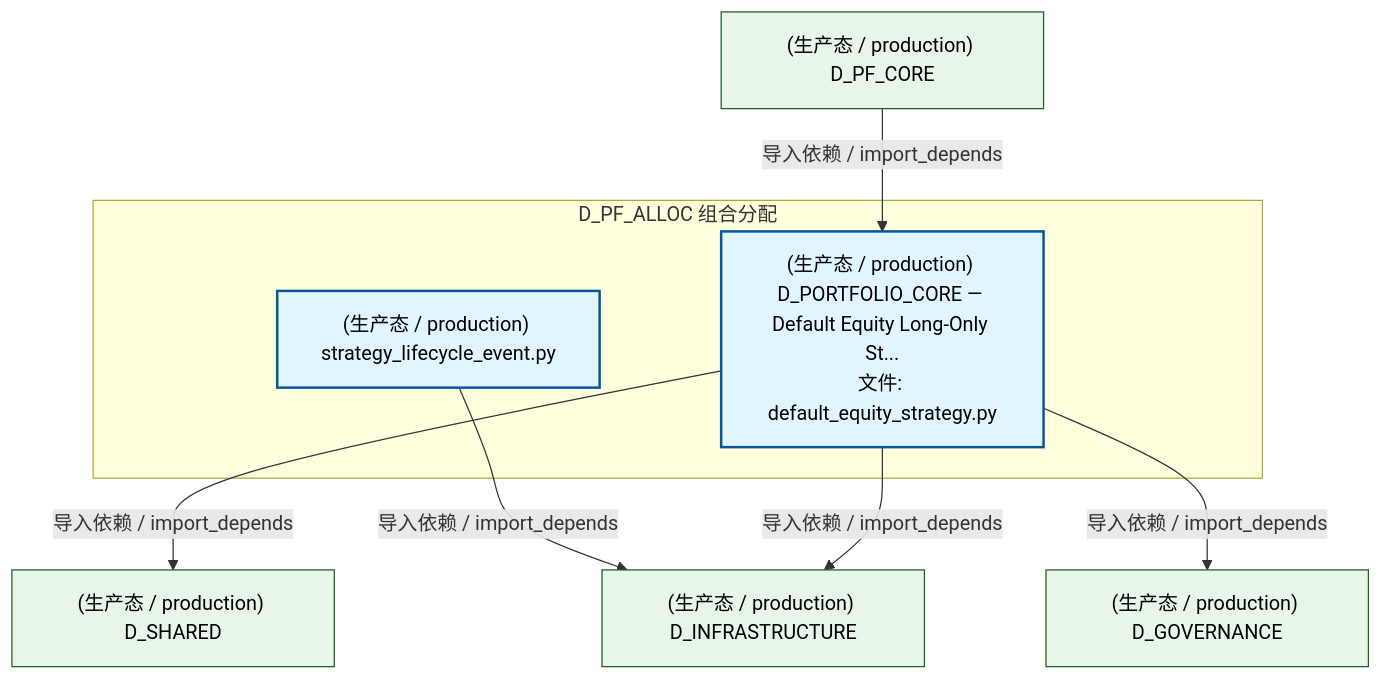
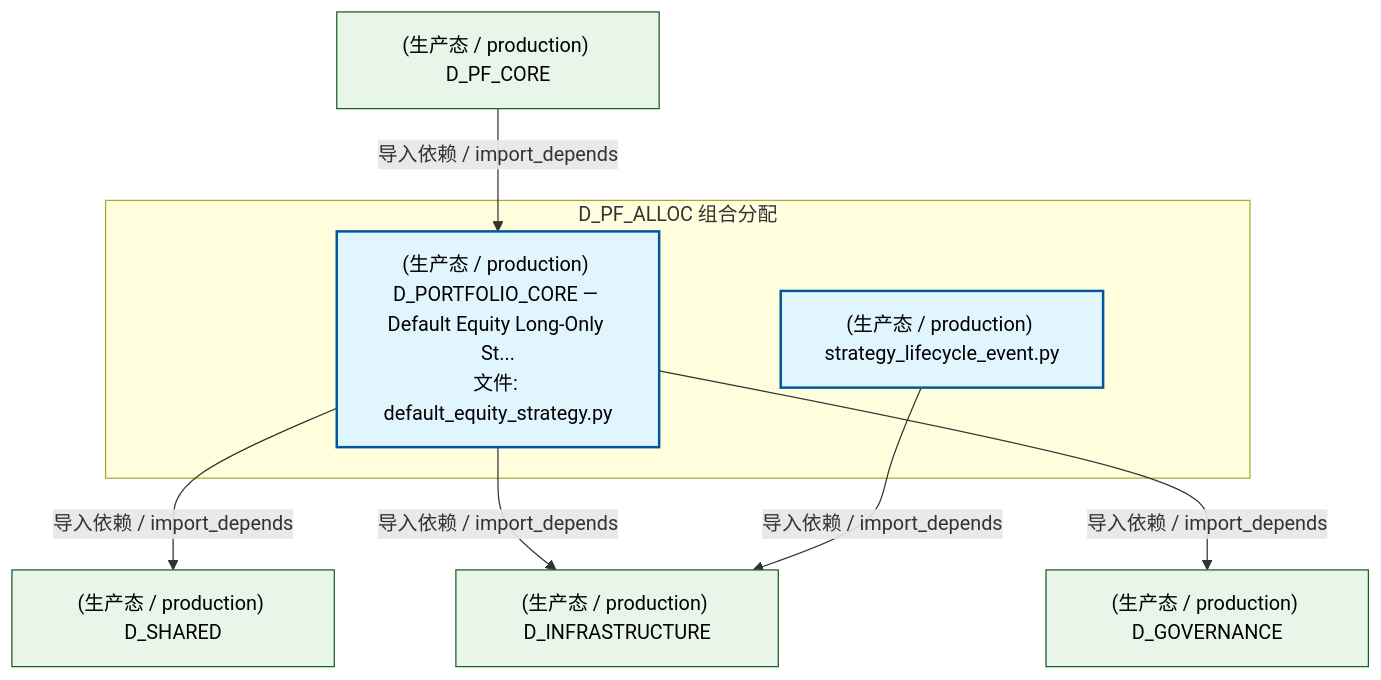
One commit to xuanFelixVan/ZephyrAlpha changed the first of 3 diagrams in docs/02_enterprise_architecture/02_domain_architecture_docs/62_d_pf_alloc.md. Above: the diagram before and after it, drawn with Mermaid. The commit also changed other lines of this file and 48 other files, not shown here.

````diff
--- a/docs/02_enterprise_architecture/02_domain_architecture_docs/62_d_pf_alloc.md
+++ b/docs/02_enterprise_architecture/02_domain_architecture_docs/62_d_pf_alloc.md
@@ -67,22 +67,22 @@
 ```mermaid
 graph TD
     subgraph D_PF_ALLOC["D_PF_ALLOC 组合分配"]
         src_zephyr_pf_alloc_strategy_lifecycle_event_py["(生产态 / production) strategy_lifecycle_event.py"]
         src_zephyr_pf_core_default_equity_strategy_py["(生产态 / production) D_PORTFOLIO_CORE — Default Equity Long-Only St...<br/>文件: default_equity_strategy.py"]
     end
-    D_INFRASTRUCTURE["(生产态 / production) D_INFRASTRUCTURE"]
-    src_zephyr_pf_alloc_strategy_lifecycle_event_py -->|导入依赖 / import_depends| D_INFRASTRUCTURE
     D_SHARED["(生产态 / production) D_SHARED"]
     src_zephyr_pf_core_default_equity_strategy_py -->|导入依赖 / import_depends| D_SHARED
+    D_INFRASTRUCTURE["(生产态 / production) D_INFRASTRUCTURE"]
     src_zephyr_pf_core_default_equity_strategy_py -->|导入依赖 / import_depends| D_INFRASTRUCTURE
     D_GOVERNANCE["(生产态 / production) D_GOVERNANCE"]
     src_zephyr_pf_core_default_equity_strategy_py -->|导入依赖 / import_depends| D_GOVERNANCE
+    src_zephyr_pf_alloc_strategy_lifecycle_event_py -->|导入依赖 / import_depends| D_INFRASTRUCTURE
     D_PF_CORE["(生产态 / production) D_PF_CORE"]
     D_PF_CORE -->|导入依赖 / import_depends| src_zephyr_pf_core_default_equity_strategy_py
     classDef production fill:#e1f5fe,stroke:#01579b,stroke-width:2px,color:#000
     classDef design fill:#fff3e0,stroke:#e65100,stroke-width:2px,color:#000,stroke-dasharray: 5 5
     classDef external_prod fill:#e8f5e9,stroke:#1b5e20,stroke-width:1px,color:#000
     classDef external_design fill:#fce4ec,stroke:#880e4f,stroke-width:1px,color:#000,stroke-dasharray: 5 5
     class src_zephyr_pf_alloc_strategy_lifecycle_event_py,src_zephyr_pf_core_default_equity_strategy_py production
-    class D_INFRASTRUCTURE,D_SHARED,D_GOVERNANCE,D_PF_CORE external_prod
+    class D_SHARED,D_INFRASTRUCTURE,D_GOVERNANCE,D_PF_CORE external_prod
 ```
````
